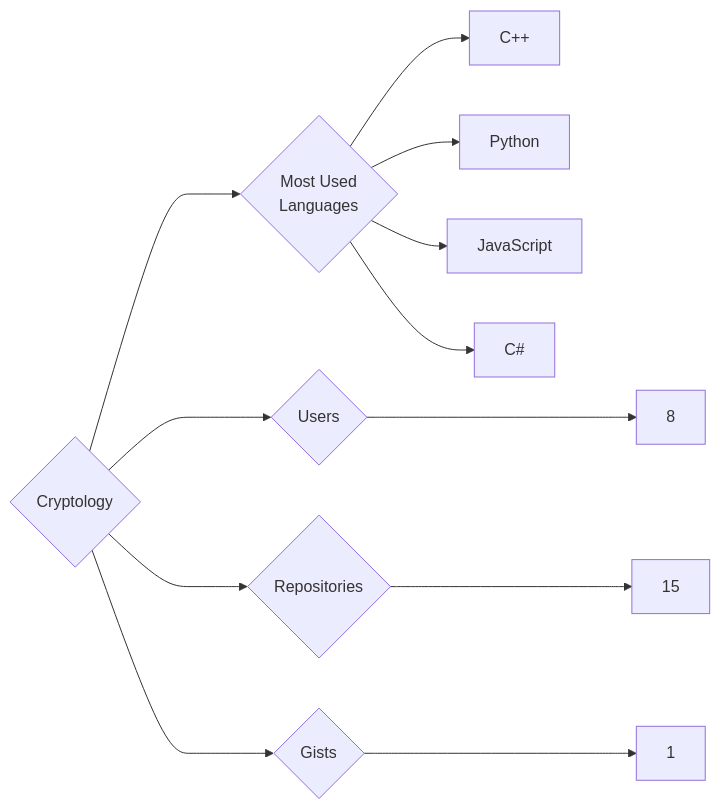
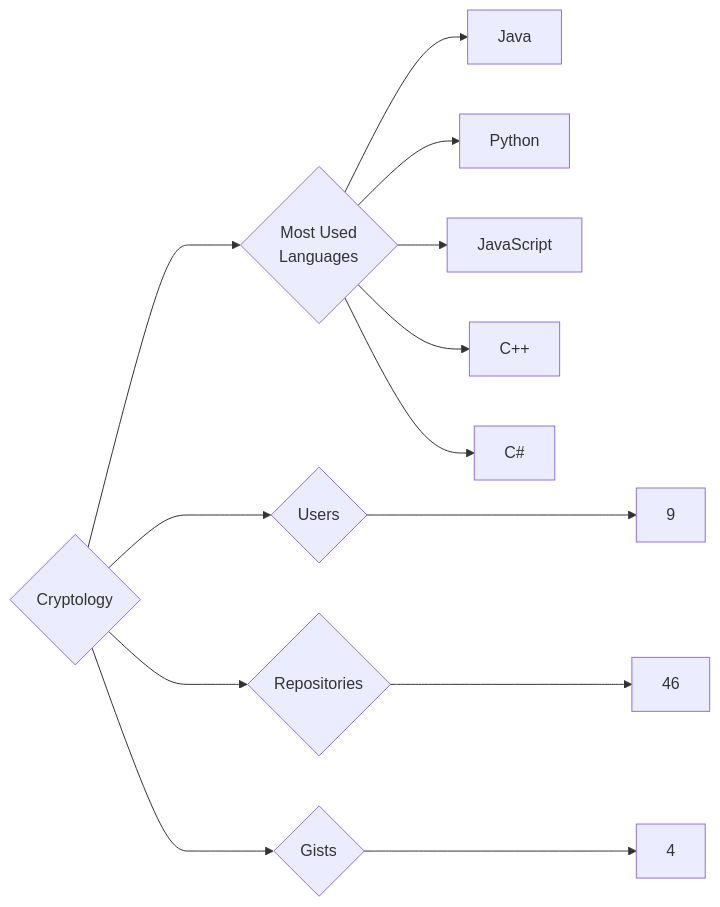
The diagram in targets/Cryptology/README.md (trickest/insiders), drawn with Mermaid before and after one commit. The commit also changed 859 other files, not shown here.

````diff
--- a/targets/Cryptology/README.md
+++ b/targets/Cryptology/README.md
@@ -3,12 +3,13 @@
 ```mermaid
 graph LR
 COMPANY_NAME{Cryptology}
-COMPANY_NAME ---> U{Users} ---> UN[8]
-COMPANY_NAME ---> R{Repositories} ---> RN[15]
-COMPANY_NAME ---> G{Gists} ---> GN[1]
+COMPANY_NAME ---> U{Users} ---> UN[9]
+COMPANY_NAME ---> R{Repositories} ---> RN[46]
+COMPANY_NAME ---> G{Gists} ---> GN[4]
 COMPANY_NAME ---> ML{Most Used<br>Languages}
-ML --> C++[C++]
+ML --> Java[Java]
 ML --> Python[Python]
 ML --> JavaScript[JavaScript]
+ML --> C++[C++]
 ML --> C#[C#]
 ```
````
